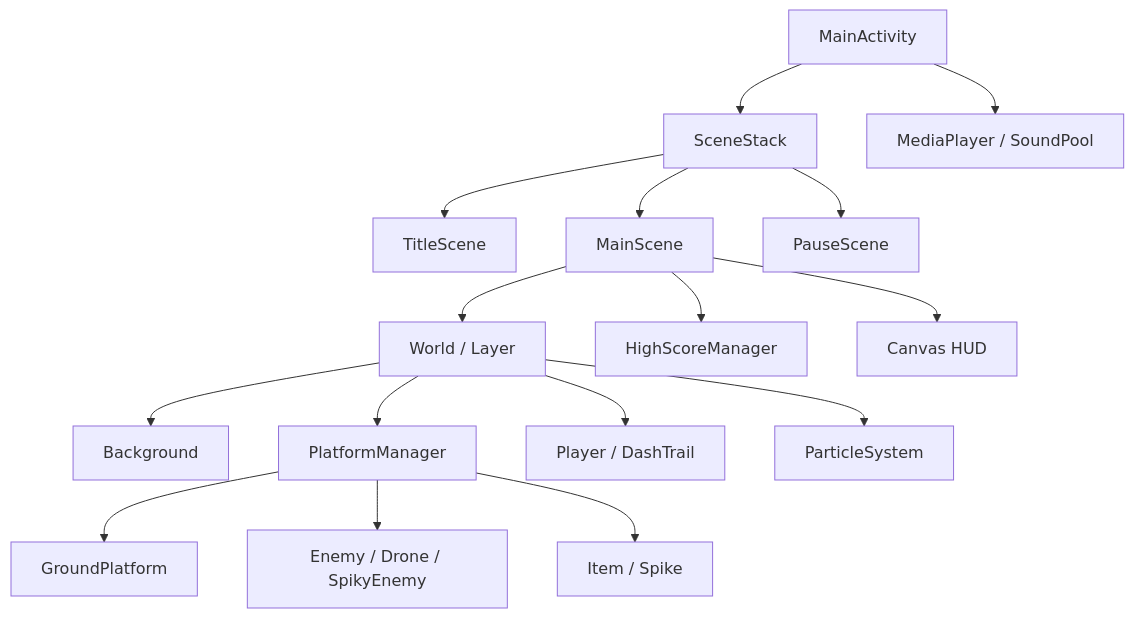
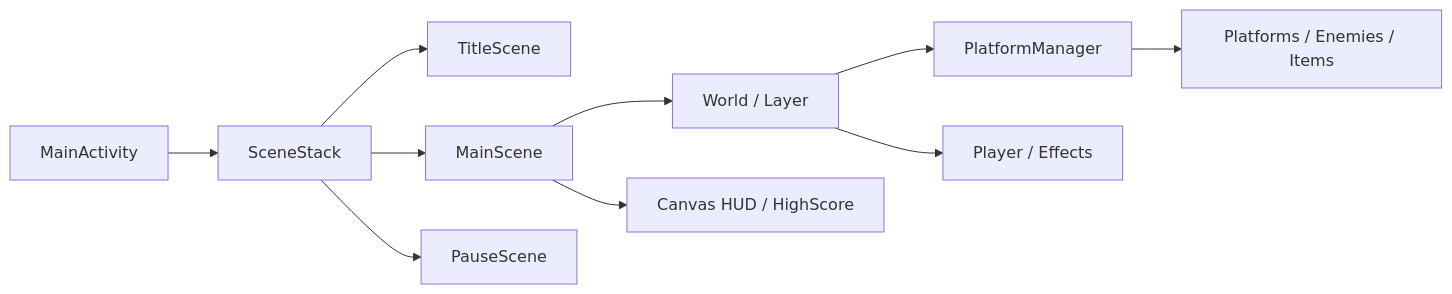
The diagram in README.md (douyun0623/2026-spgp-dash-hero), drawn with Mermaid before and after one commit. The commit also changed other lines of this file, not shown here.

````diff
--- a/README.md
+++ b/README.md
@@ -53,21 +61,12 @@
 ```mermaid
-flowchart TD
+flowchart LR
     A[MainActivity] --> B[SceneStack]
     B --> C[TitleScene]
     B --> D[MainScene]
     B --> E[PauseScene]
-
     D --> F[World / Layer]
-    F --> G[Background]
-    F --> H[PlatformManager]
-    F --> I[Player / DashTrail]
-    F --> J[ParticleSystem]
-
-    H --> K[GroundPlatform]
-    H --> L[Enemy / Drone / SpikyEnemy]
-    H --> M[Item / Spike]
-
-    D --> N[HighScoreManager]
-    D --> P[Canvas HUD]
-    A --> O[MediaPlayer / SoundPool]
+    F --> G[PlatformManager]
+    F --> H[Player / Effects]
+    G --> I[Platforms / Enemies / Items]
+    D --> J[Canvas HUD / HighScore]
 ```
````
